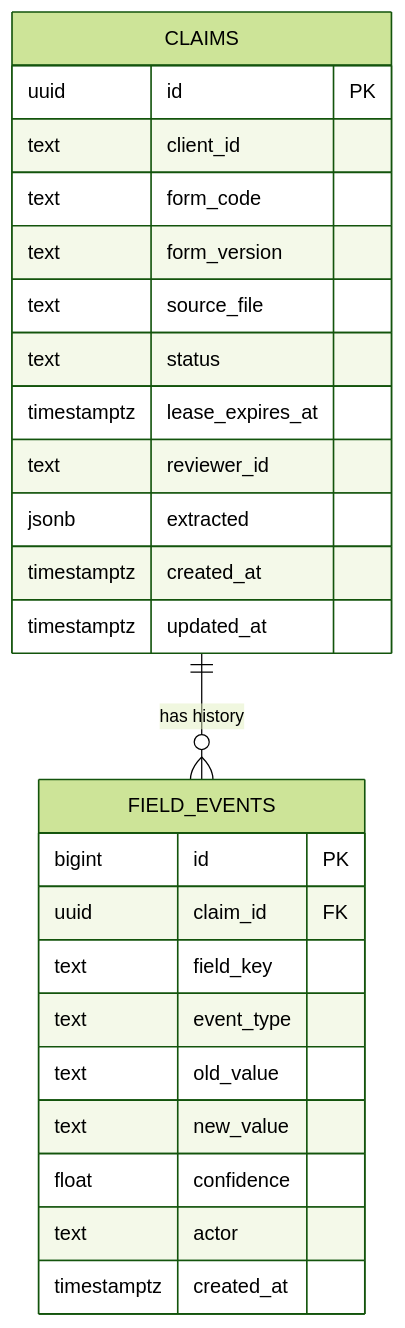
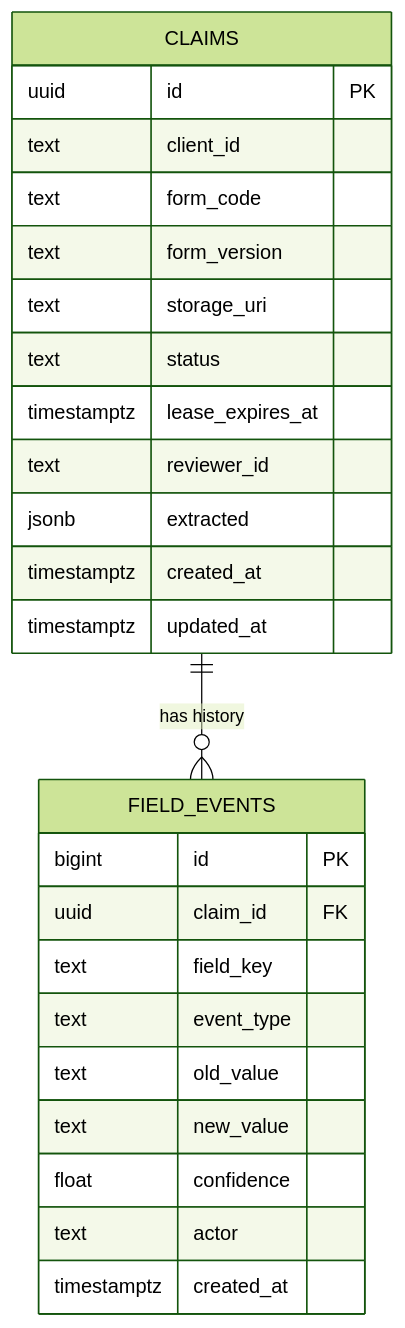
Before and after one commit to zuucrew/beyond-the-notebook: the fourth of 4 diagrams in 01-claim-loop/README.md, drawn with Mermaid (forest theme). The commit also changed other lines of this file, not shown here.

Commit message:
docs: source_file -> storage_uri, so local and GCS use one column

````diff
--- a/01-claim-loop/README.md
+++ b/01-claim-loop/README.md
@@ -116,28 +116,28 @@
 ```mermaid
 erDiagram
     CLAIMS ||--o{ FIELD_EVENTS : "has history"
     CLAIMS {
         uuid id PK
         text client_id
         text form_code
         text form_version
-        text source_file
+        text storage_uri
         text status
         timestamptz lease_expires_at
         text reviewer_id
         jsonb extracted
         timestamptz created_at
         timestamptz updated_at
     }
     FIELD_EVENTS {
         bigint id PK
         uuid claim_id FK
         text field_key
         text event_type
         text old_value
         text new_value
         float confidence
         text actor
         timestamptz created_at
     }
 ```
````
